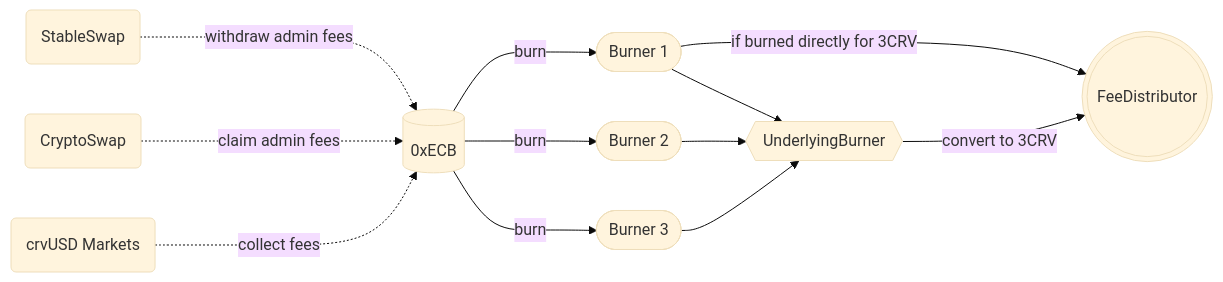
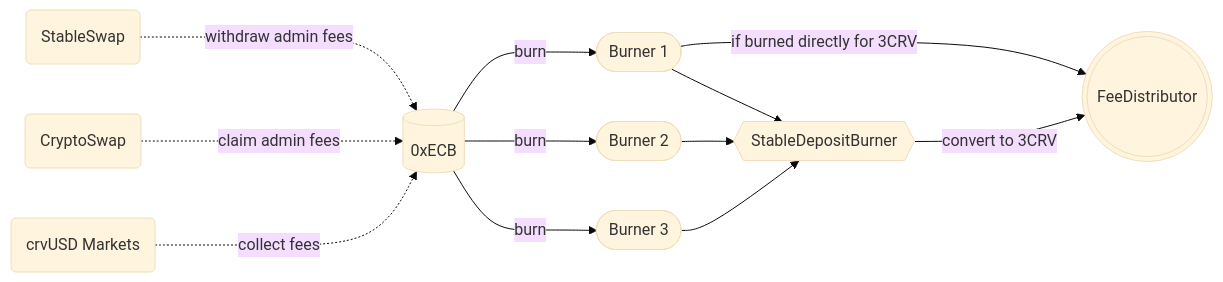
Before and after one commit to CurveDocs/curve-docs: the diagram in docs/curve_dao/fee-collection-distribution/burner.md, drawn with Mermaid (base theme). The commit also changed other lines of this file, not shown here.

````diff
--- a/docs/curve_dao/fee-collection-distribution/burner.md
+++ b/docs/curve_dao/fee-collection-distribution/burner.md
@@ -11,18 +17,18 @@
 ```mermaid
 flowchart LR
 
   p[(0xECB)]
   v1(StableSwap) ..->|withdraw admin fees| p;
   v2(CryptoSwap) ..-> |claim admin fees| p;
   crvUSD(crvUSD Markets) ..-> |collect fees| p;
 
   p --->|burn| b1([Burner 1]);
   p -->|burn| b2([Burner 2]);
   p -->|burn| b3([Burner 3]);
 
-  b1 --> ub{{UnderlyingBurner}}
+  b1 --> ub{{StableDepositBurner}}
   b1 --> |if burned directly for 3CRV| fd(((FeeDistributor)))
   b2 --> ub
   b3 --> ub
   ub --> |convert to 3CRV| fd
 ```
````
